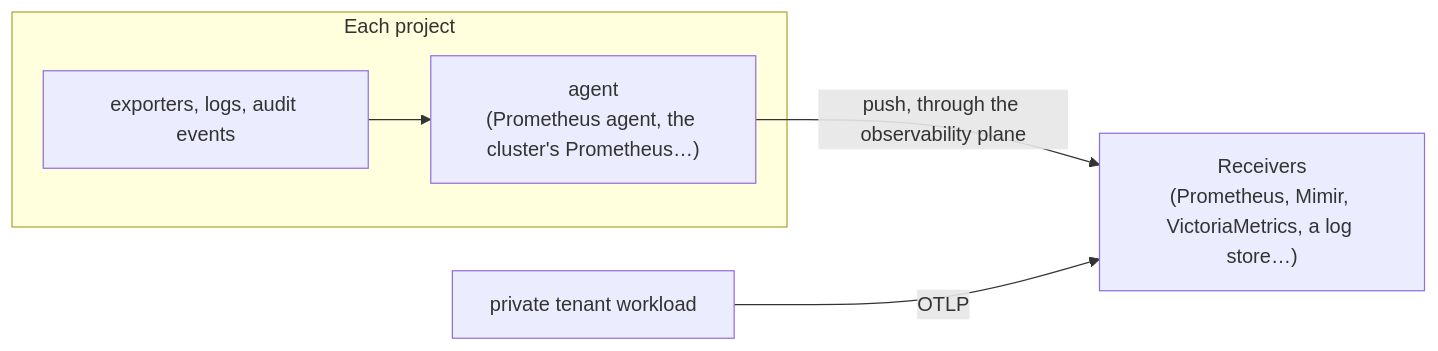
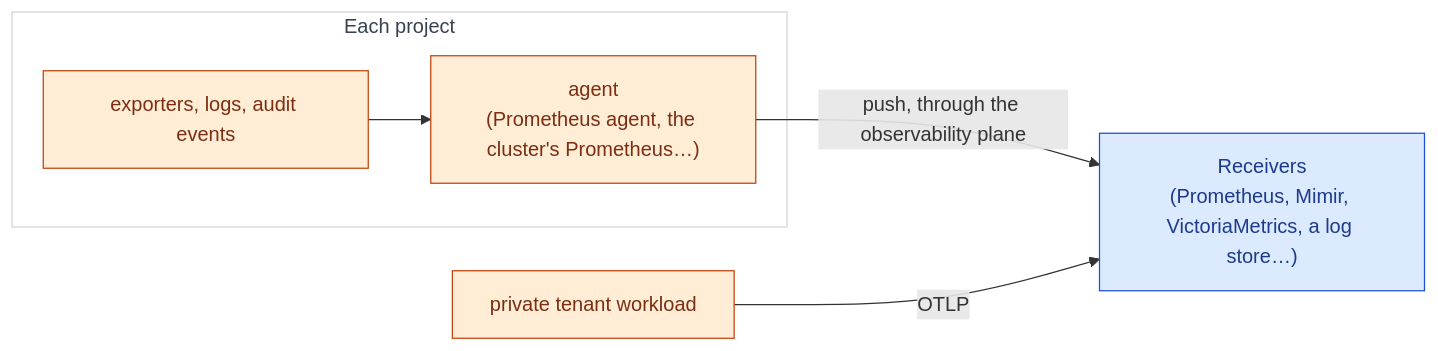
Before and after one commit to CyprisTech/openstack-multitenant-reference: the fourth of 6 diagrams in docs/concepts/architecture.md, drawn with Mermaid. The commit also changed other lines of this file and 17 other files, not shown here.

First line of the commit message:
Diagrams: tenants by exposure, one palette by role, compact diagrams

````diff
--- a/docs/concepts/architecture.md
+++ b/docs/concepts/architecture.md
@@ -161,8 +197,15 @@
 ```mermaid
 flowchart LR
     subgraph T["Each project"]
         X["exporters, logs, audit events"] --> A["agent<br/>(Prometheus agent, the cluster's Prometheus…)"]
     end
     A -->|"push, through the observability plane"| R["Receivers<br/>(Prometheus, Mimir, VictoriaMetrics, a log store…)"]
     I["private tenant workload"] -->|"OTLP"| R
+
+    classDef shared fill:#dbeafe,stroke:#1d4ed8,color:#1e3a8a
+    classDef tenant fill:#ffedd5,stroke:#c2410c,color:#7c2d12
+    classDef group fill:#ffffff,stroke:#d1d5db,color:#374151
+    class X,A,I tenant
+    class R shared
+    class T group
 ```
````
